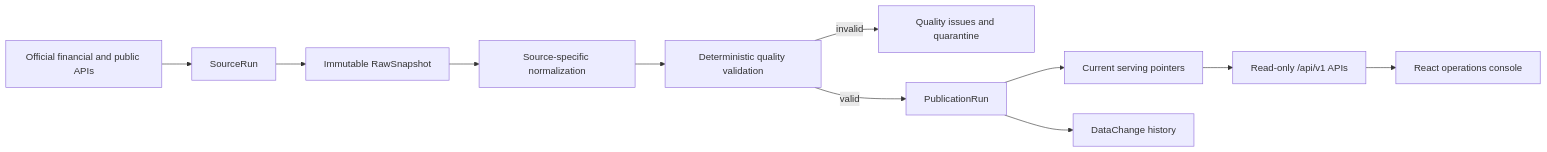
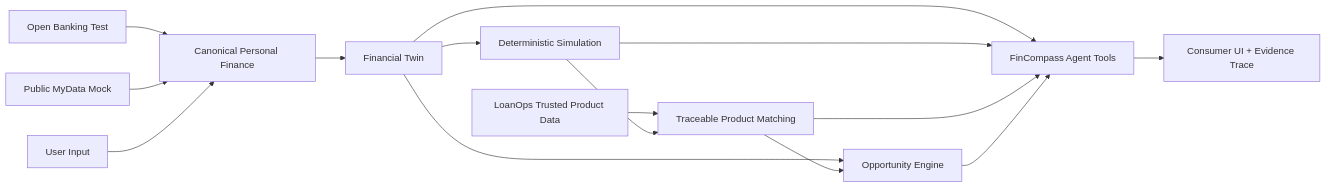
The diagram in README.md (jmkim2021/FinCompass), drawn with Mermaid before and after one commit. The commit also changed other lines of this file and 14 other files, not shown here.

Commit message:
chore: harden FinCompass demo and release

````diff
--- a/README.md
+++ b/README.md
@@ -21,13 +9,17 @@
 ```mermaid
 flowchart LR
-    API[Official financial and public APIs] --> RUN[SourceRun]
-    RUN --> RAW[Immutable RawSnapshot]
-    RAW --> NORMAL[Source-specific normalization]
-    NORMAL --> QUALITY[Deterministic quality validation]
-    QUALITY -->|invalid| QUARANTINE[Quality issues and quarantine]
-    QUALITY -->|valid| PUBLICATION[PublicationRun]
-    PUBLICATION --> SERVING[Current serving pointers]
-    SERVING --> READ[Read-only /api/v1 APIs]
-    READ --> UI[React operations console]
-    PUBLICATION --> CHANGES[DataChange history]
+  OB[Open Banking Test] --> C[Canonical Personal Finance]
+  PMD[Public MyData Mock] --> C
+  INPUT[User Input] --> C
+  C --> T[Financial Twin]
+  T --> S[Deterministic Simulation]
+  L[LoanOps Trusted Product Data] --> M[Traceable Product Matching]
+  S --> M
+  T --> O[Opportunity Engine]
+  M --> O
+  T --> A[FinCompass Agent Tools]
+  S --> A
+  M --> A
+  O --> A
+  A --> UI[Consumer UI + Evidence Trace]
 ```
````
